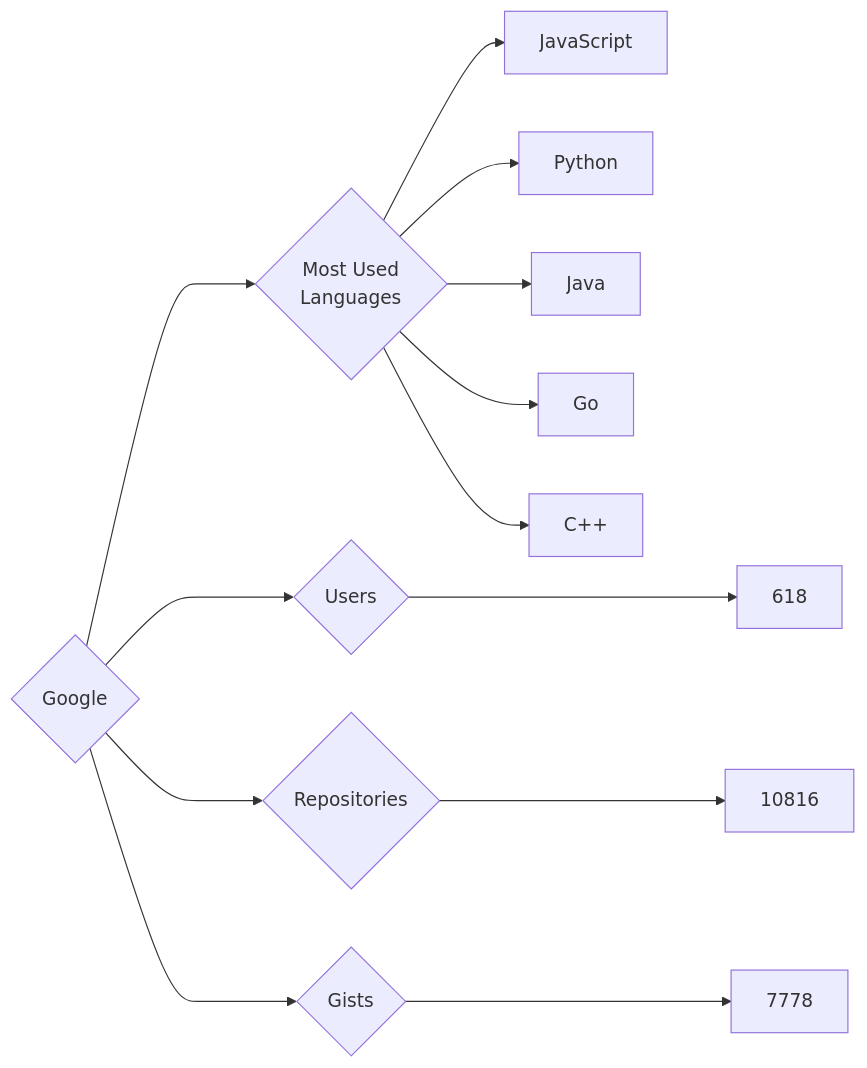
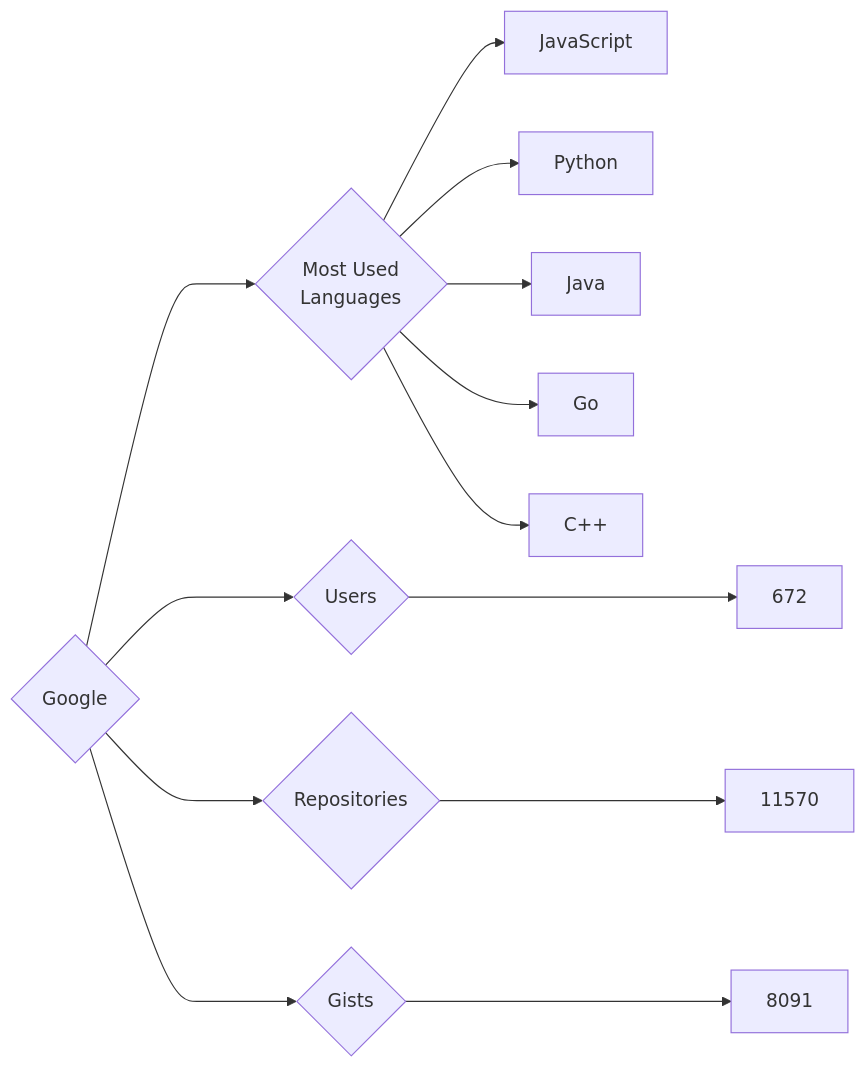
One commit to trickest/insiders changed the diagram in targets/Google/README.md. Above: the diagram before and after it, drawn with Mermaid. The commit also changed 925 other files, not shown here.

````diff
--- a/targets/Google/README.md
+++ b/targets/Google/README.md
@@ -3,13 +3,13 @@
 ```mermaid
 graph LR
 COMPANY_NAME{Google}
-COMPANY_NAME ---> U{Users} ---> UN[618]
-COMPANY_NAME ---> R{Repositories} ---> RN[10816]
-COMPANY_NAME ---> G{Gists} ---> GN[7778]
+COMPANY_NAME ---> U{Users} ---> UN[672]
+COMPANY_NAME ---> R{Repositories} ---> RN[11570]
+COMPANY_NAME ---> G{Gists} ---> GN[8091]
 COMPANY_NAME ---> ML{Most Used<br>Languages}
 ML --> JavaScript[JavaScript]
 ML --> Python[Python]
 ML --> Java[Java]
 ML --> Go[Go]
 ML --> C++[C++]
 ```
````
